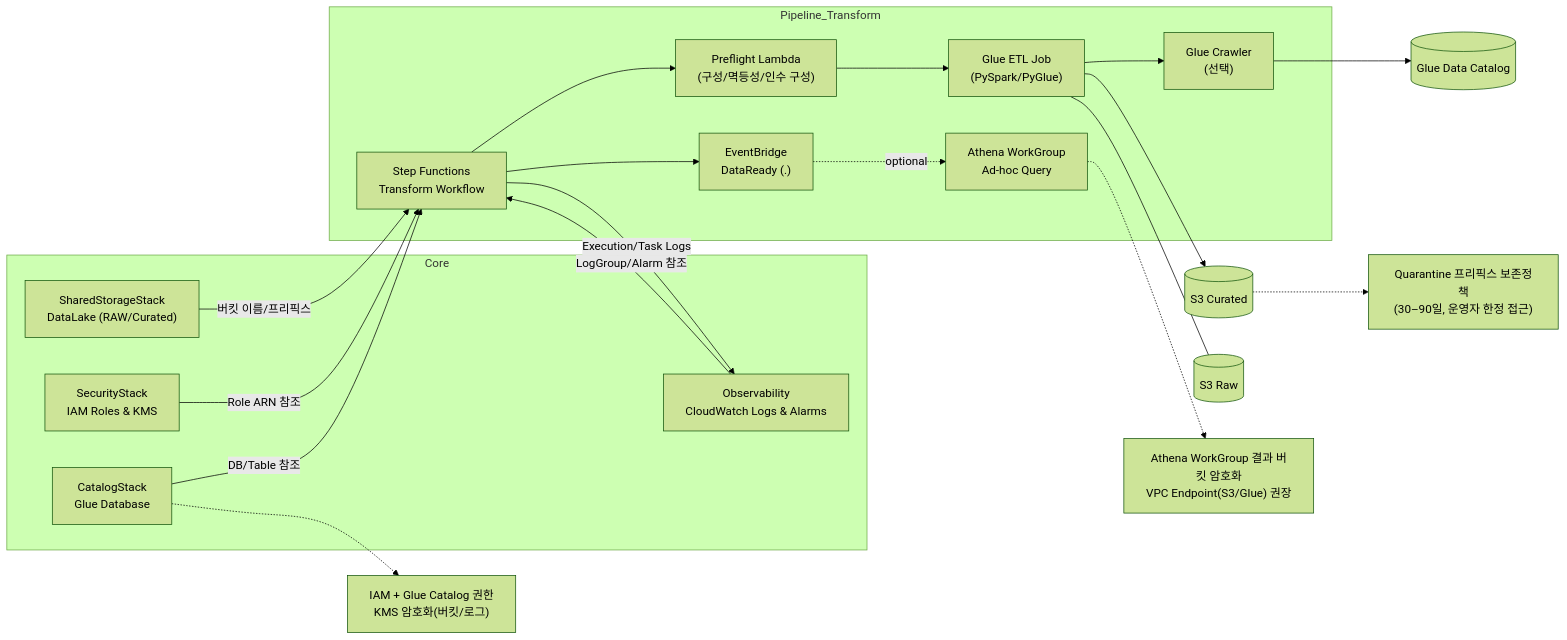
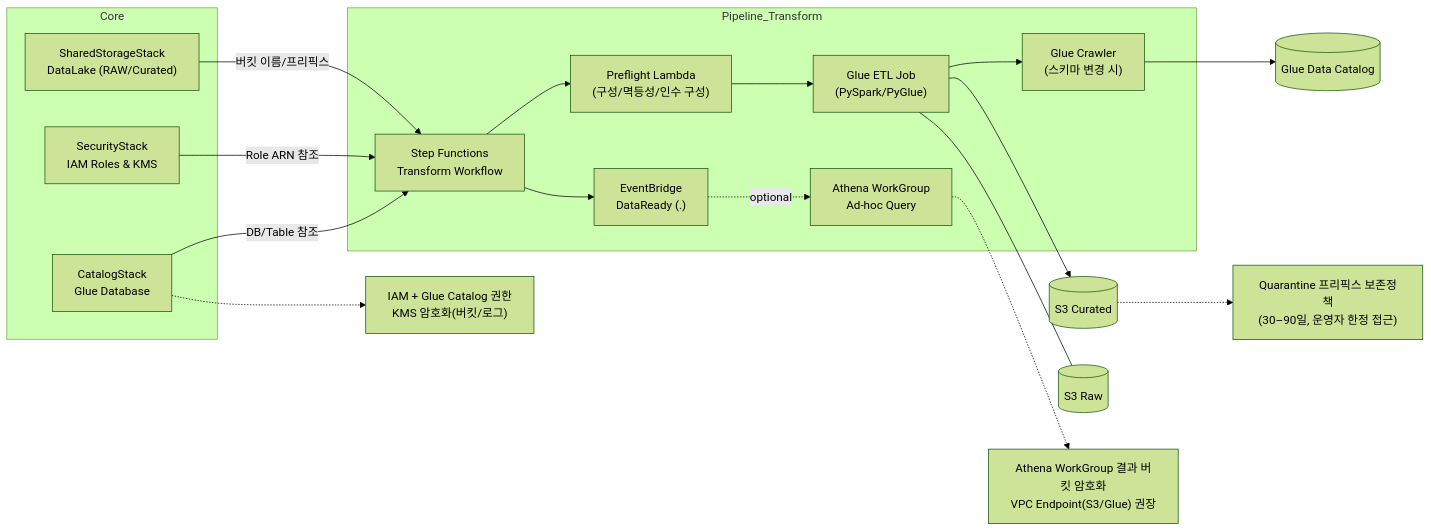
Before and after one commit to keemgdeok/fin-forge-pipeline: the diagram in docs/diagrams/transform/01-components.md, drawn with Mermaid (forest theme). The commit also changed 20 other files, not shown here.

Commit message:
docs(specs/state-machine): catalog_update 입력 추가, SCHEMA_CHECK_FAILED 정의, 재시도 정책 갱신, 관측성 축약

````diff
--- a/docs/diagrams/transform/01-components.md
+++ b/docs/diagrams/transform/01-components.md
@@ -1,42 +1,39 @@
 ```mermaid
 graph LR
   subgraph Core
     SS["SharedStorageStack<br/>DataLake (RAW/Curated)"]
     SEC["SecurityStack<br/>IAM Roles & KMS"]
     GOV["CatalogStack<br/>Glue Database"]
-    OBS["Observability<br/>CloudWatch Logs & Alarms"]
   end
 
   subgraph Pipeline_Transform
     SFN["Step Functions<br/>Transform Workflow"]
     PRE["Preflight Lambda<br/>(구성/멱등성/인수 구성)"]
     GLUE["Glue ETL Job<br/>(PySpark/PyGlue)"]
-    CRAWL["Glue Crawler<br/>(선택)"]
+    CRAWL["Glue Crawler<br/>(스키마 변경 시)"]
     EV["EventBridge<br/>DataReady (<domain>.<table>)"]
     ATH["Athena WorkGroup<br/>Ad-hoc Query"]
   end
 
   SS -->|버킷 이름/프리픽스| SFN
   SEC -->|Role ARN 참조| SFN
   GOV -->|DB/Table 참조| SFN
-  OBS -->|LogGroup/Alarm 참조| SFN
 
   SFN --> PRE
   PRE --> GLUE
   GLUE --> CRAWL
   GLUE --> CUR[(S3 Curated)]
   GLUE --- RAW[(S3 Raw)]
   CRAWL --> CAT[(Glue Data Catalog)]
   SFN --> EV
   EV -. optional .-> ATH
-  SFN -->|Execution/Task Logs| OBS
 
   %% Governance/Security notes
   N1["IAM + Glue Catalog 권한<br/>KMS 암호화(버킷/로그)"]:::note
   N2["Athena WorkGroup 결과 버킷 암호화<br/>VPC Endpoint(S3/Glue) 권장"]:::note
   N3["Quarantine 프리픽스 보존정책<br/>(30–90일, 운영자 한정 접근)"]:::note
   GOV -.-> N1
   ATH -.-> N2
   CUR -.-> N3
 
 ```
````
